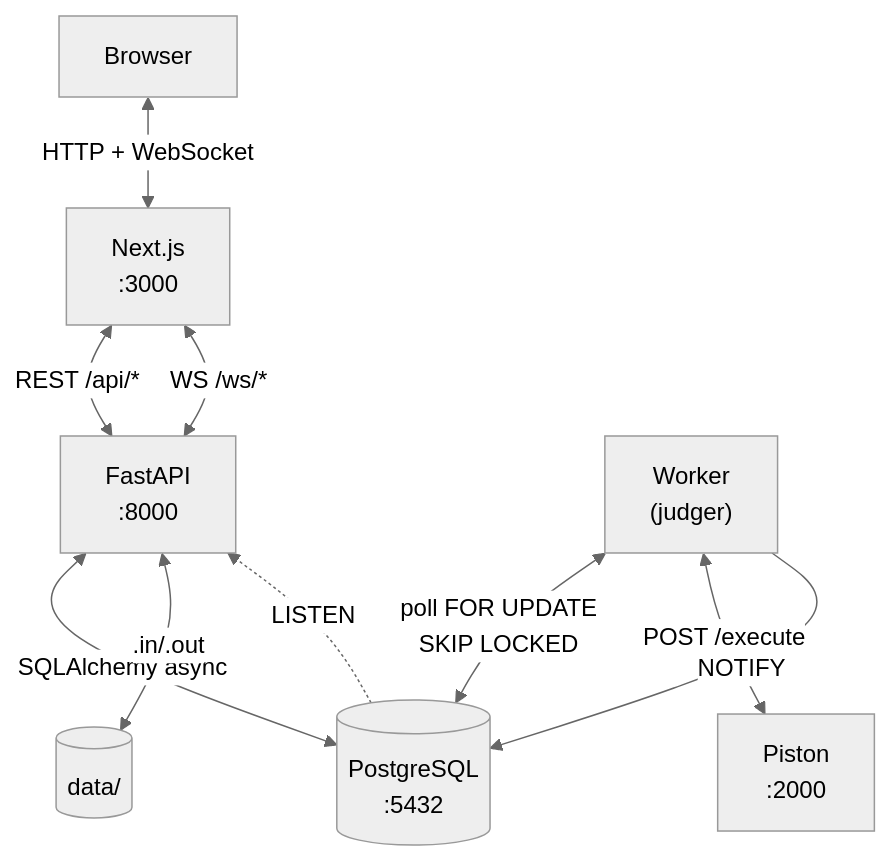
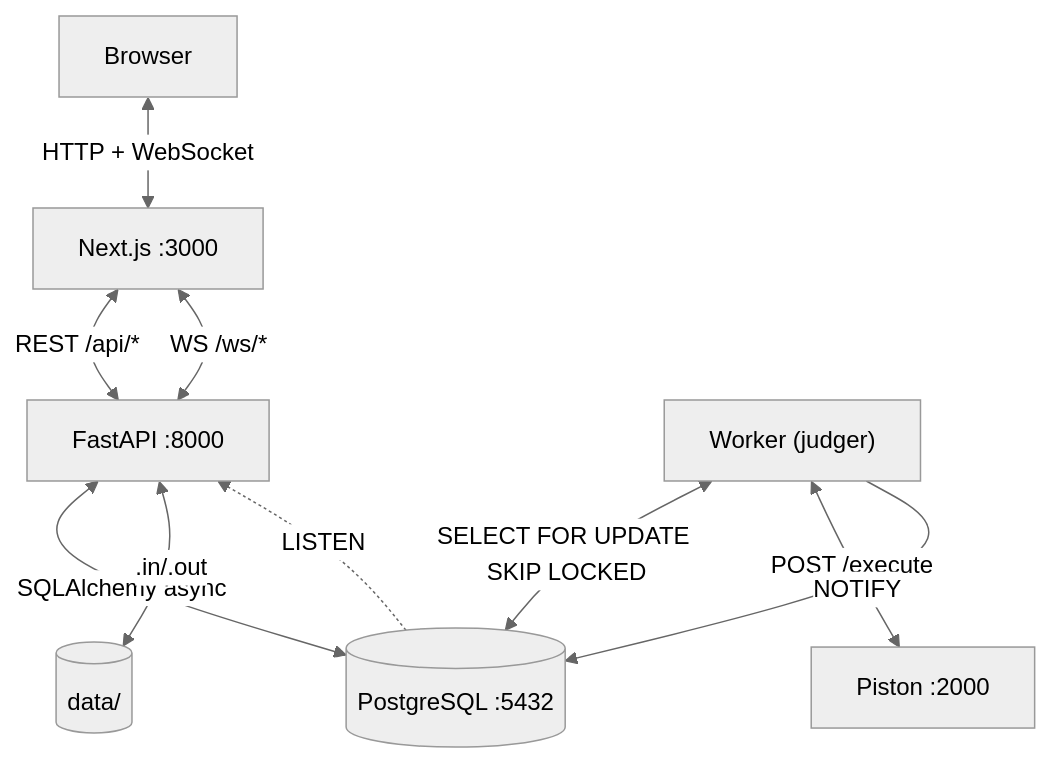
The diagram in README.md (dragosgatan/reinfo), drawn with Mermaid (neutral theme) before and after one commit. The commit also changed other lines of this file and 7 other files, not shown here.

````diff
--- a/README.md
+++ b/README.md
@@ -213,12 +126,12 @@
 ```mermaid
 graph TB
-    Browser <-->|"HTTP + WebSocket"| FE["Next.js\n:3000"]
-    FE <-->|"REST /api/*"| BE["FastAPI\n:8000"]
+    Browser <-->|"HTTP + WebSocket"| FE["Next.js :3000"]
+    FE <-->|"REST /api/*"| BE["FastAPI :8000"]
     FE <-->|"WS /ws/*"| BE
-    BE <-->|"SQLAlchemy async"| DB[("PostgreSQL\n:5432")]
+    BE <-->|"SQLAlchemy async"| DB[("PostgreSQL :5432")]
     BE <-->|".in/.out"| FS[("data/")]
-    WK["Worker\n(judger)"] <-->|"poll FOR UPDATE\nSKIP LOCKED"| DB
-    WK <-->|"POST /execute"| PS["Piston\n:2000"]
+    WK["Worker (judger)"] <-->|"SELECT FOR UPDATE SKIP LOCKED"| DB
+    WK <-->|"POST /execute"| PS["Piston :2000"]
     WK -->|"NOTIFY"| DB
     DB -.->|"LISTEN"| BE
 ```
````
